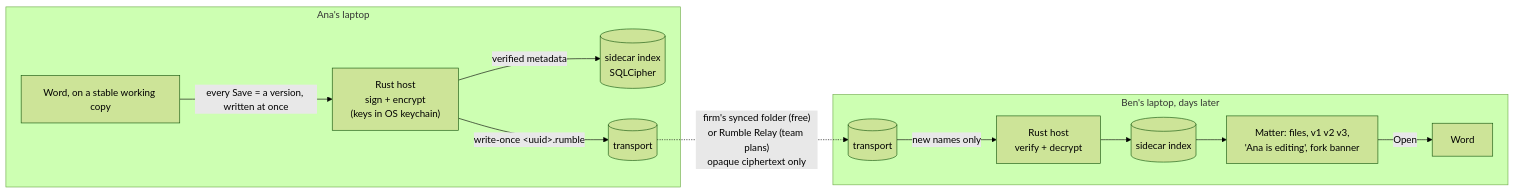
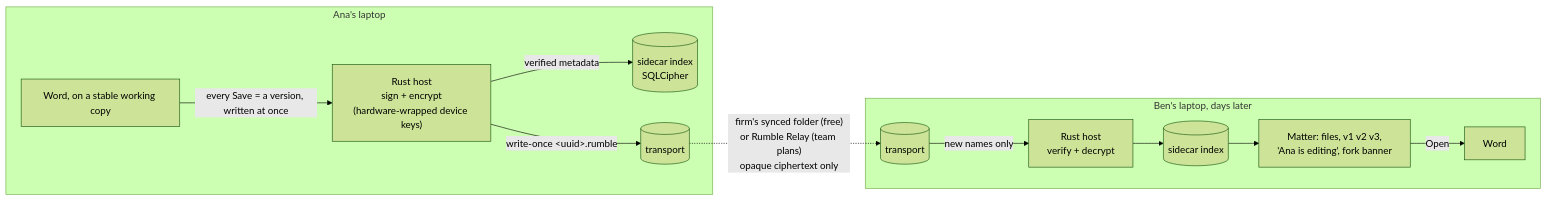
The diagram in agent_docs/2026-11-17-team-sync-plan.md (elegantelefant/rumble), drawn with Mermaid (forest theme) before and after one commit. The commit also changed other lines of this file, not shown here.

````diff
--- a/agent_docs/2026-11-17-team-sync-plan.md
+++ b/agent_docs/2026-11-17-team-sync-plan.md
@@ -250,15 +250,15 @@
 ```mermaid
 flowchart LR
   subgraph A["Ana's laptop"]
-    W1["Word, on a stable working copy"] -->|"every Save = a version, written at once"| H1["Rust host<br/>sign + encrypt<br/>(keys in OS keychain)"]
+    W1["Word, on a stable working copy"] -->|"every Save = a version, written at once"| H1["Rust host<br/>sign + encrypt<br/>(hardware-wrapped device keys)"]
     H1 -->|verified metadata| S1[(sidecar index<br/>SQLCipher)]
     H1 -->|"write-once &lt;uuid&gt;.rumble"| T1[(transport)]
   end
   T1 -. "firm's synced folder (free)<br/>or Rumble Relay (team plans)<br/>opaque ciphertext only" .-> T2
   subgraph B["Ben's laptop, days later"]
     T2[(transport)] -->|"new names only"| H2["Rust host<br/>verify + decrypt"]
     H2 --> S2[(sidecar index)]
     S2 --> UI["Matter: files, v1 v2 v3,<br/>'Ana is editing', fork banner"]
     UI -->|Open| W2[Word]
   end
 ```
````
